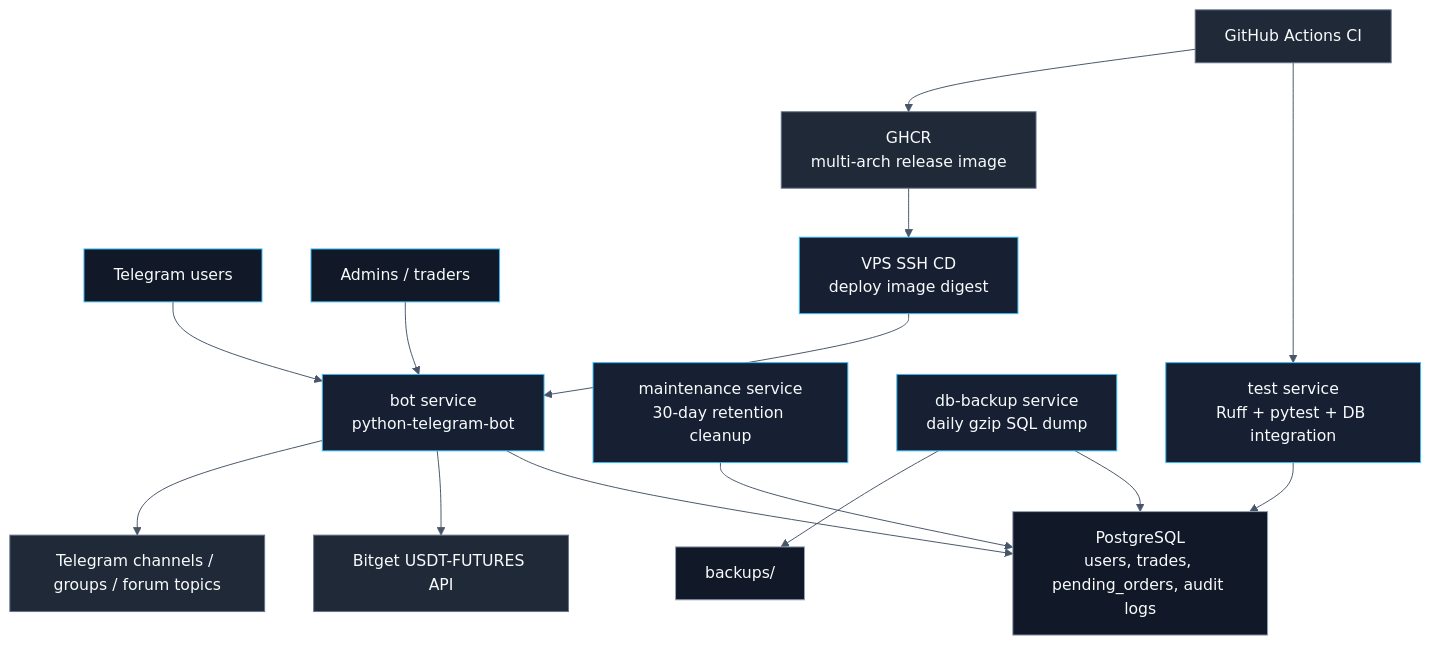
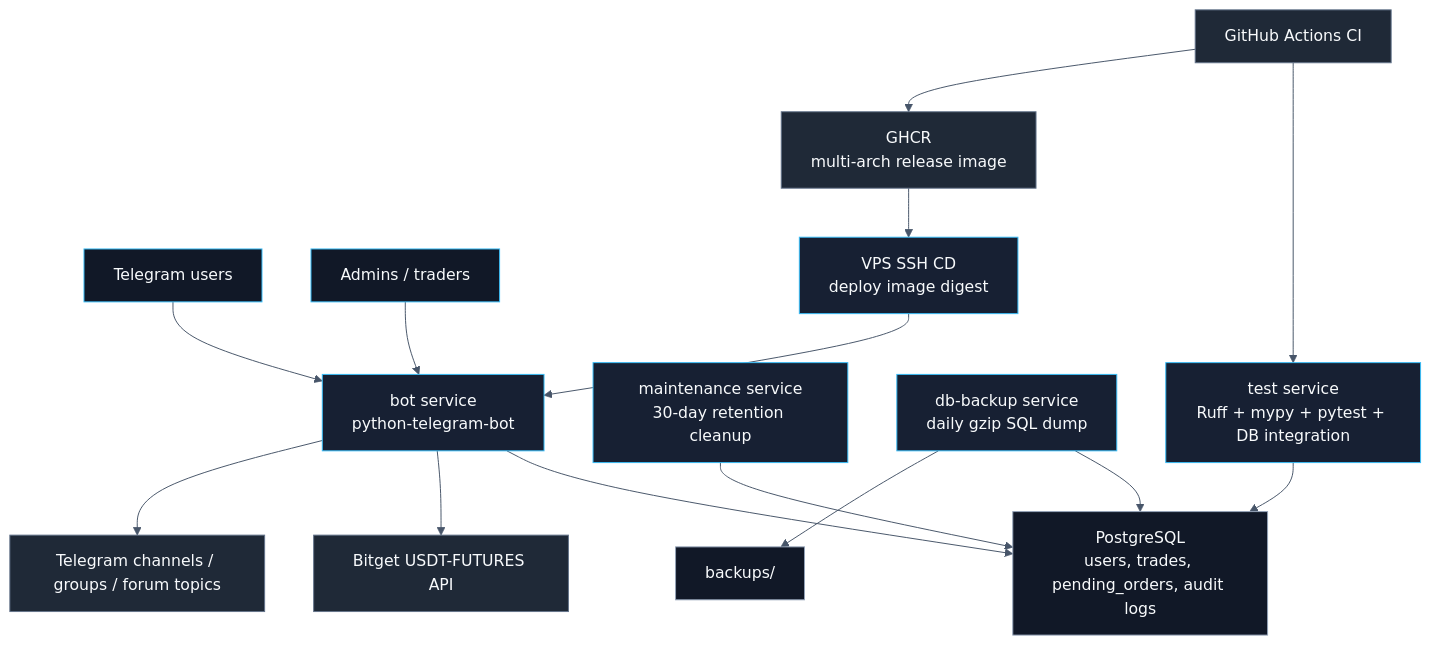
The first of 2 diagrams in readme.md (kaiyn-capital/kaiyn-trading-bot), drawn with Mermaid before and after one commit. The commit also changed other lines of this file and 39 other files, not shown here.

````diff
--- a/readme.md
+++ b/readme.md
@@ -38,32 +38,32 @@
 ```mermaid
 %%{init: {"theme":"base","themeVariables":{"background":"transparent","primaryColor":"#111827","primaryBorderColor":"#38bdf8","primaryTextColor":"#f8fafc","secondaryColor":"#1f2937","secondaryBorderColor":"#64748b","secondaryTextColor":"#f8fafc","tertiaryColor":"#0f172a","tertiaryBorderColor":"#475569","tertiaryTextColor":"#f8fafc","lineColor":"#475569","fontFamily":"Inter, ui-sans-serif, system-ui, sans-serif"}}}%%
 flowchart TD
     users["Telegram users"] --> bot["bot service<br/>python-telegram-bot"]
     admins["Admins / traders"] --> bot
 
     bot --> db["PostgreSQL<br/>users, trades, pending_orders, audit logs"]
     bot --> bitget["Bitget USDT-FUTURES API"]
     bot --> channels["Telegram channels / groups / forum topics"]
 
     maintenance["maintenance service<br/>30-day retention cleanup"] --> db
     backup["db-backup service<br/>daily gzip SQL dump"] --> db
     backup --> files["backups/"]
 
-    ci["GitHub Actions CI"] --> test["test service<br/>Ruff + pytest + DB integration"]
+    ci["GitHub Actions CI"] --> test["test service<br/>Ruff + mypy + pytest + DB integration"]
     test --> db
     ci --> ghcr["GHCR<br/>multi-arch release image"]
     ghcr --> deploy["VPS SSH CD<br/>deploy image digest"]
     deploy --> bot
 
     classDef actor fill:#111827,stroke:#38bdf8,color:#f8fafc;
     classDef runtime fill:#0f172a,stroke:#60a5fa,color:#f8fafc;
     classDef storage fill:#111827,stroke:#94a3b8,color:#f8fafc;
     classDef external fill:#1f2937,stroke:#64748b,color:#f8fafc;
     classDef ops fill:#172033,stroke:#38bdf8,color:#f8fafc;
 
     class users,admins actor;
     class bot,maintenance,backup,test ops;
     class db,files storage;
     class bitget,channels,ci,ghcr external;
     class deploy ops;
 ```
````
